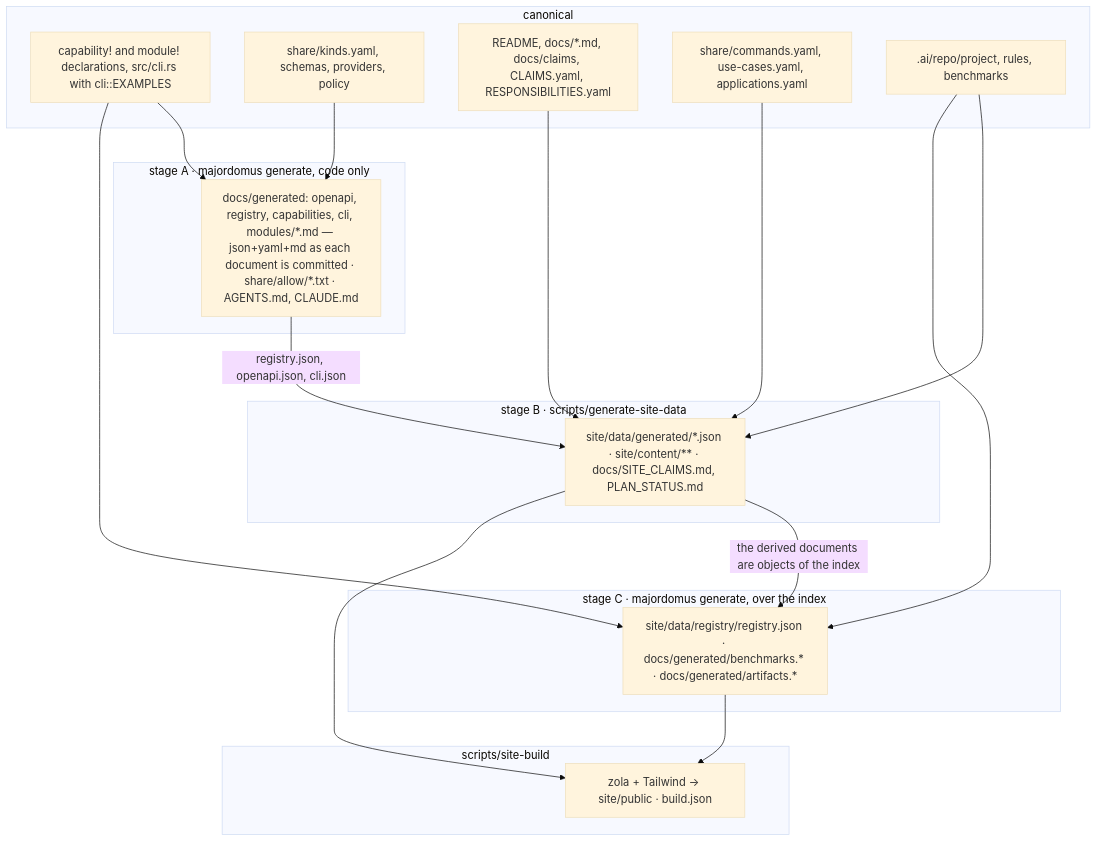
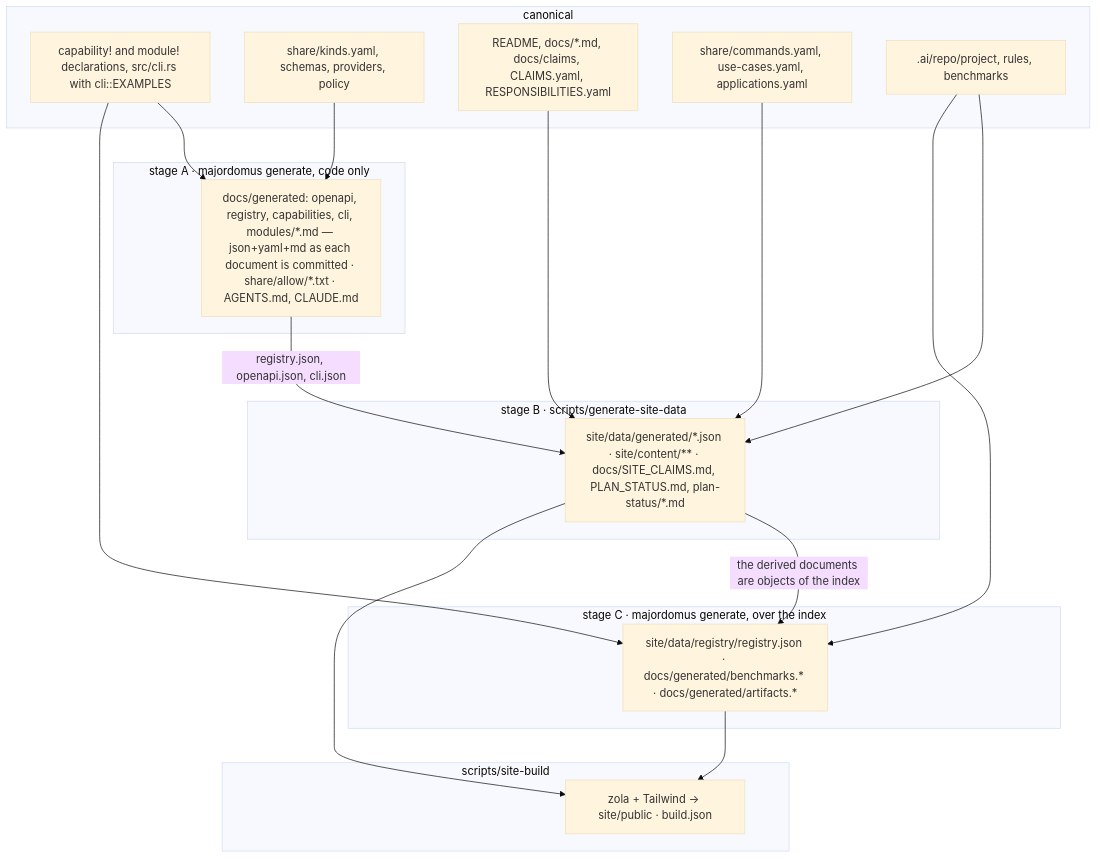
The diagram in docs/GITHUB_PAGES_ARCHITECTURE.md (korczis/prismatic-majordomus), drawn with Mermaid (base theme) before and after one commit. The commit also changed other lines of this file and 155 other files, not shown here.

First line of the commit message:
feat(derive): the plan status is a page per milestone under the index limit (I4512)

````diff
--- a/docs/GITHUB_PAGES_ARCHITECTURE.md
+++ b/docs/GITHUB_PAGES_ARCHITECTURE.md
@@ -129,33 +129,33 @@
 ```mermaid
 flowchart TB
     subgraph canonical
         R[capability! and module! declarations, src/cli.rs with cli::EXAMPLES]
         K[share/kinds.yaml, schemas, providers, policy]
         D[README, docs/*.md, docs/claims, CLAIMS.yaml, RESPONSIBILITIES.yaml]
         C[share/commands.yaml, use-cases.yaml, applications.yaml]
         P[.ai/repo/project, rules, benchmarks]
     end
     subgraph stageA[stage A · majordomus generate, code only]
         GA[docs/generated: openapi, registry, capabilities, cli, modules/*.md — json+yaml+md as each document is committed · share/allow/*.txt · AGENTS.md, CLAUDE.md]
     end
     subgraph stageB[stage B · scripts/generate-site-data]
-        GB[site/data/generated/*.json · site/content/** · docs/SITE_CLAIMS.md, PLAN_STATUS.md]
+        GB[site/data/generated/*.json · site/content/** · docs/SITE_CLAIMS.md, PLAN_STATUS.md, plan-status/*.md]
     end
     subgraph stageC[stage C · majordomus generate, over the index]
         GC[site/data/registry/registry.json · docs/generated/benchmarks.* · docs/generated/artifacts.*]
     end
     subgraph build[scripts/site-build]
         Z[zola + Tailwind → site/public · build.json]
     end
     R --> GA
     K --> GA
     D --> GB
     C --> GB
     P --> GB
     GA -->|registry.json, openapi.json, cli.json| GB
     R --> GC
     P --> GC
     GB -->|the derived documents are objects of the index| GC
     GB --> Z
     GC --> Z
 ```
````
